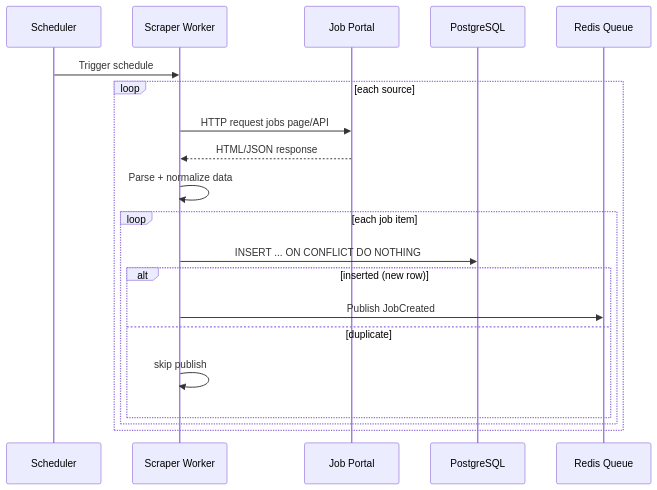
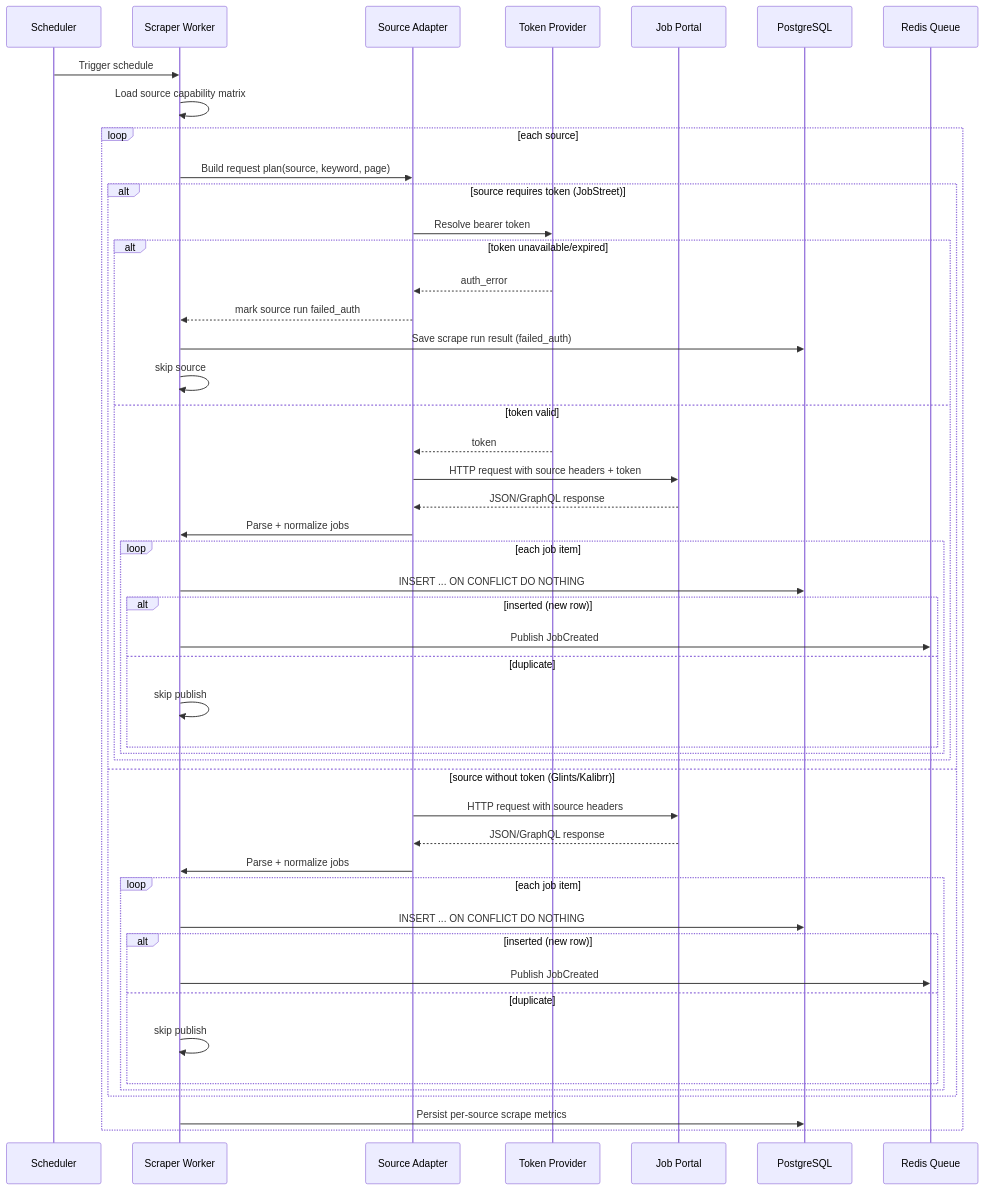
One commit to salmanabdurrahman/bisakerja.com changed the first of 2 diagrams in docs/flows/scraping-matching-flow.md. Above: the diagram before and after it, drawn with Mermaid. The commit also changed other lines of this file and 14 other files, not shown here.

Commit message:
feat: Enhance documentation with source scraping playbook and update API references

````diff
--- a/docs/flows/scraping-matching-flow.md
+++ b/docs/flows/scraping-matching-flow.md
@@ -5,23 +5,51 @@
 ```mermaid
 sequenceDiagram
   participant CRON as Scheduler
   participant S as Scraper Worker
+  participant A as Source Adapter
+  participant T as Token Provider
   participant P as Job Portal
   participant DB as PostgreSQL
   participant Q as Redis Queue
 
   CRON->>S: Trigger schedule
+  S->>S: Load source capability matrix
   loop each source
-    S->>P: HTTP request jobs page/API
-    P-->>S: HTML/JSON response
-    S->>S: Parse + normalize data
-    loop each job item
-      S->>DB: INSERT ... ON CONFLICT DO NOTHING
-      alt inserted (new row)
-        S->>Q: Publish JobCreated
-      else duplicate
-        S->>S: skip publish
+    S->>A: Build request plan(source, keyword, page)
+    alt source requires token (JobStreet)
+      A->>T: Resolve bearer token
+      alt token unavailable/expired
+        T-->>A: auth_error
+        A-->>S: mark source run failed_auth
+        S->>DB: Save scrape run result (failed_auth)
+        S->>S: skip source
+      else token valid
+        T-->>A: token
+        A->>P: HTTP request with source headers + token
+        P-->>A: JSON/GraphQL response
+        A->>S: Parse + normalize jobs
+        loop each job item
+          S->>DB: INSERT ... ON CONFLICT DO NOTHING
+          alt inserted (new row)
+            S->>Q: Publish JobCreated
+          else duplicate
+            S->>S: skip publish
+          end
+        end
+      end
+    else source without token (Glints/Kalibrr)
+      A->>P: HTTP request with source headers
+      P-->>A: JSON/GraphQL response
+      A->>S: Parse + normalize jobs
+      loop each job item
+        S->>DB: INSERT ... ON CONFLICT DO NOTHING
+        alt inserted (new row)
+          S->>Q: Publish JobCreated
+        else duplicate
+          S->>S: skip publish
+        end
       end
     end
+    S->>DB: Persist per-source scrape metrics
   end
 ```
````
